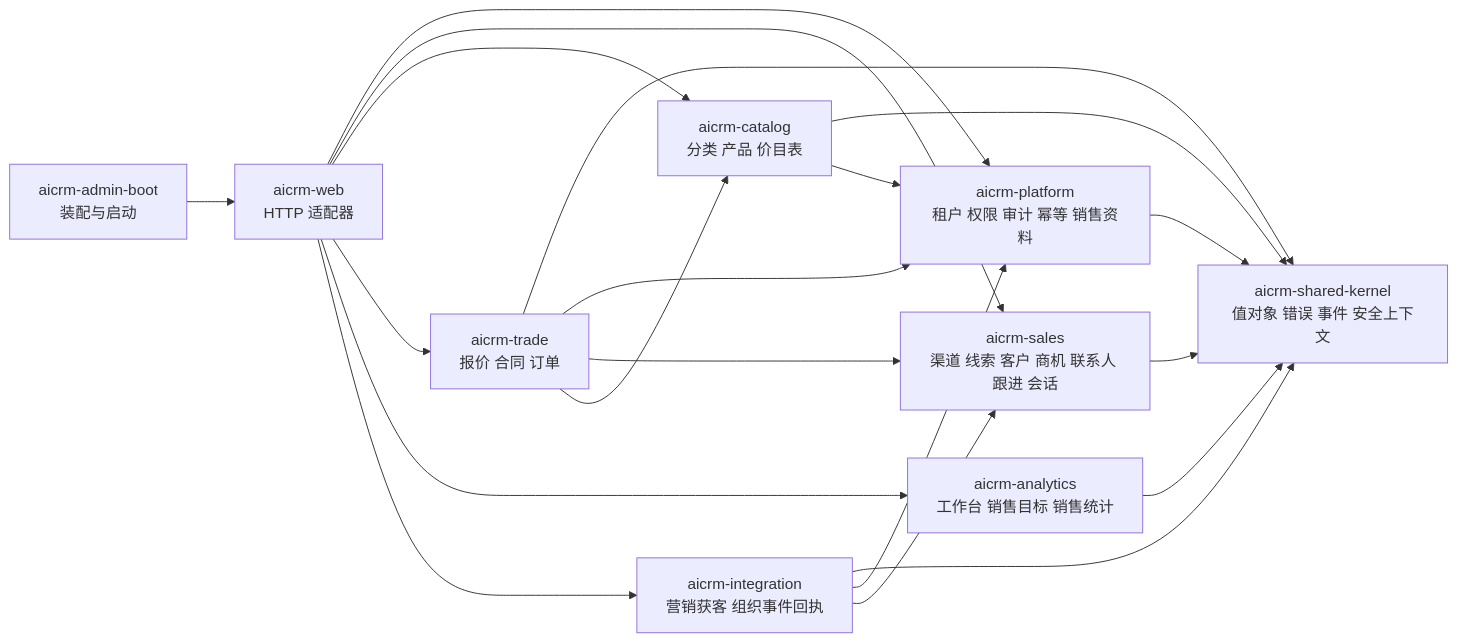
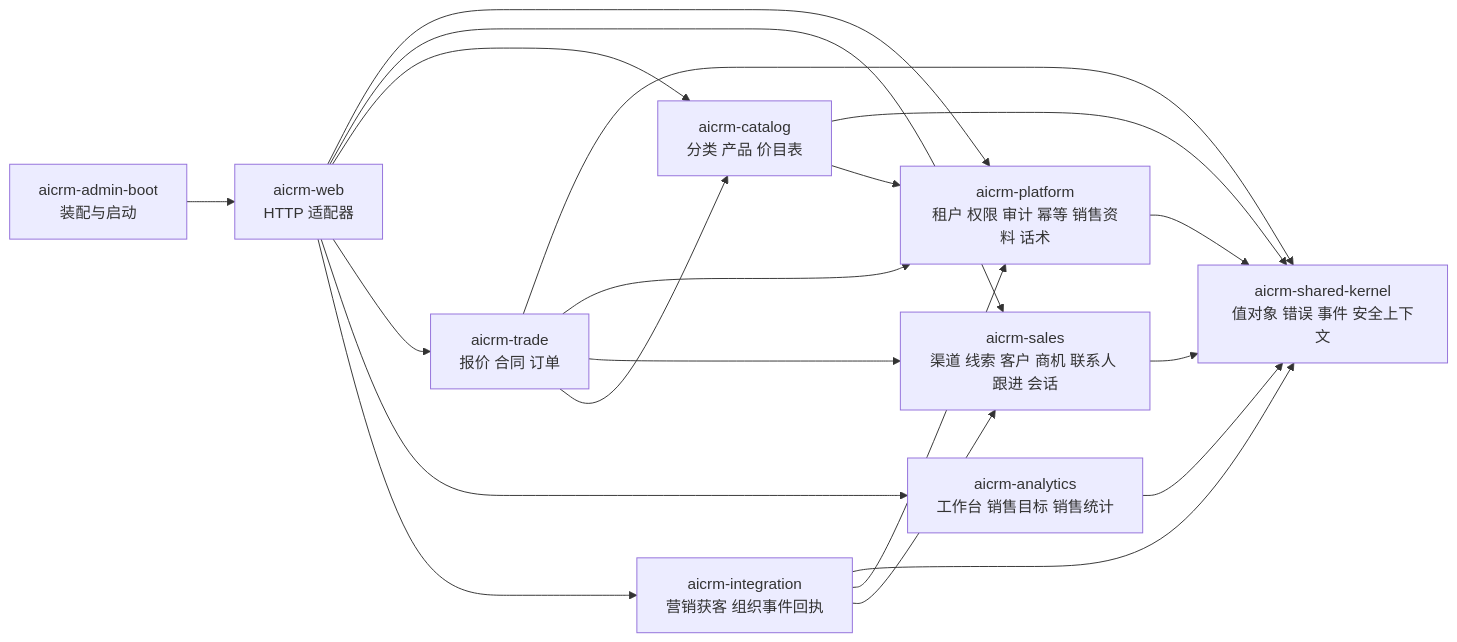
One commit to Squirtles331/AiCRM changed the diagram in docs/architecture/README.md. Above: the diagram before and after it, drawn with Mermaid. The commit also changed other lines of this file and 15 other files, not shown here.

````diff
--- a/docs/architecture/README.md
+++ b/docs/architecture/README.md
@@ -11,22 +11,22 @@
 ```mermaid
 flowchart LR
-    WEB["aicrm-web\nHTTP 适配器"] --> PLATFORM["aicrm-platform\n租户 权限 审计 幂等 销售资料"]
+    WEB["aicrm-web\nHTTP 适配器"] --> PLATFORM["aicrm-platform\n租户 权限 审计 幂等 销售资料 话术"]
     WEB --> SALES["aicrm-sales\n渠道 线索 客户 商机 联系人 跟进 会话"]
     WEB --> CATALOG["aicrm-catalog\n分类 产品 价目表"]
     WEB --> TRADE["aicrm-trade\n报价 合同 订单"]
     WEB --> ANALYTICS["aicrm-analytics\n工作台 销售目标 销售统计"]
     WEB --> INTEGRATION["aicrm-integration\n营销获客 组织事件回执"]
     SALES --> KERNEL["aicrm-shared-kernel\n值对象 错误 事件 安全上下文"]
     CATALOG --> KERNEL
     TRADE --> KERNEL
     ANALYTICS --> KERNEL
     INTEGRATION --> KERNEL
     PLATFORM --> KERNEL
     BOOT["aicrm-admin-boot\n装配与启动"] --> WEB
     CATALOG --> PLATFORM
     TRADE --> PLATFORM
     TRADE --> SALES
     TRADE --> CATALOG
     INTEGRATION --> PLATFORM
     INTEGRATION --> SALES
 ```
````
